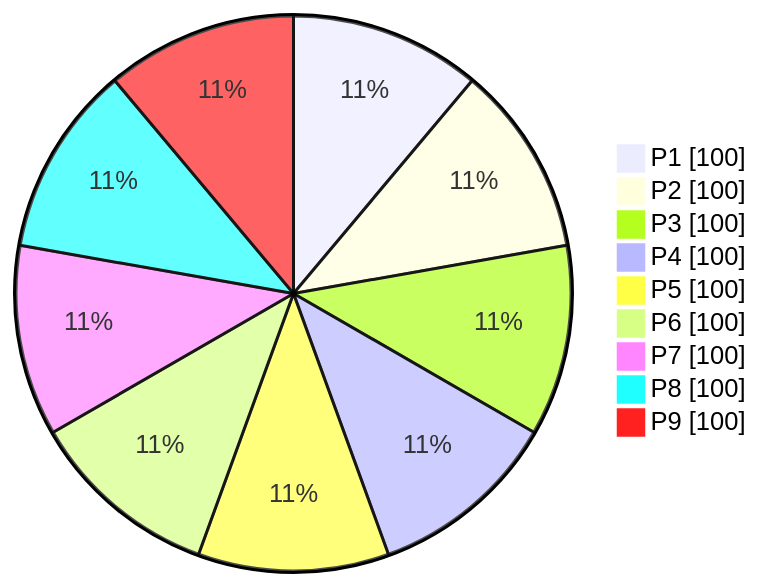
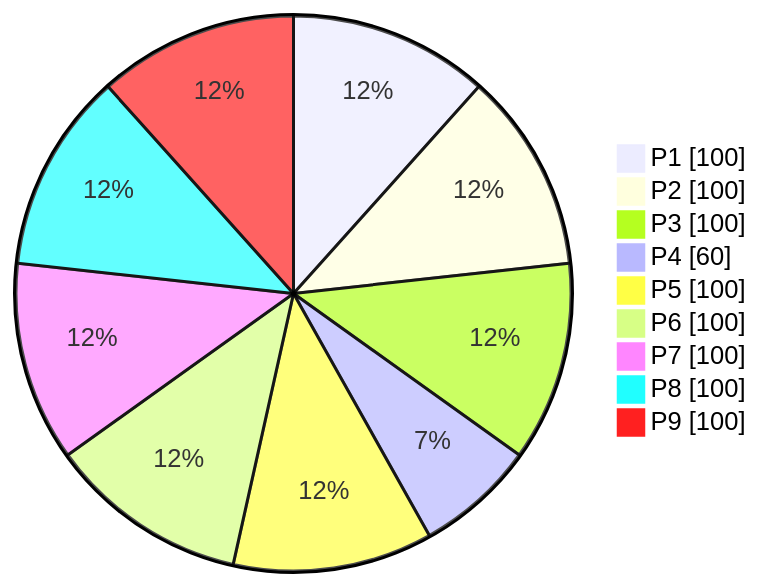
Before and after one commit to Azrea-Shade/Trader-Forge: the diagram in PHASES-1-9_Debugging_Progress.md, drawn with Mermaid. The commit also changed other lines of this file, not shown here.

````diff
--- a/PHASES-1-9_Debugging_Progress.md
+++ b/PHASES-1-9_Debugging_Progress.md
@@ -25,12 +23,12 @@
 ```mermaid
 pie showData
   "P1" : 100
   "P2" : 100
   "P3" : 100
-  "P4" : 100
+  "P4" : 60
   "P5" : 100
   "P6" : 100
   "P7" : 100
   "P8" : 100
   "P9" : 100
 ```
````
